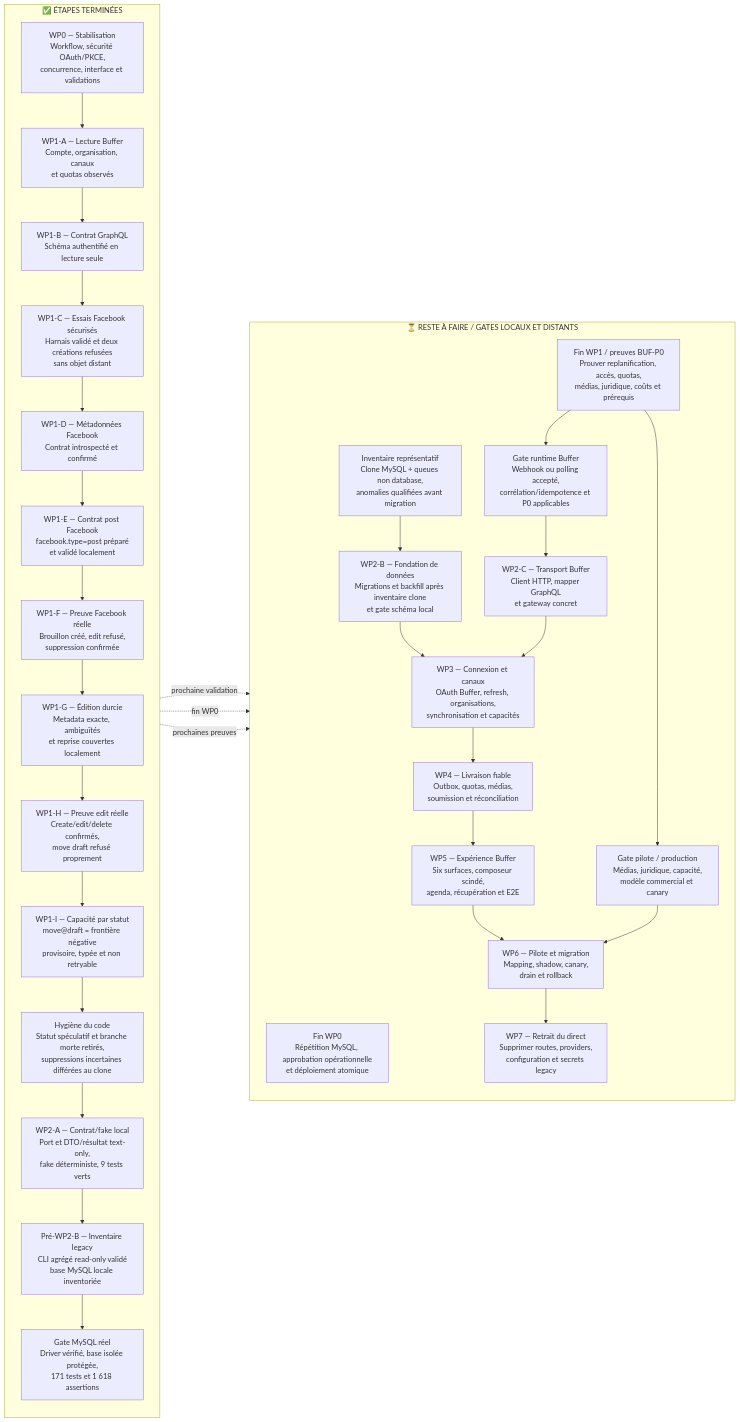
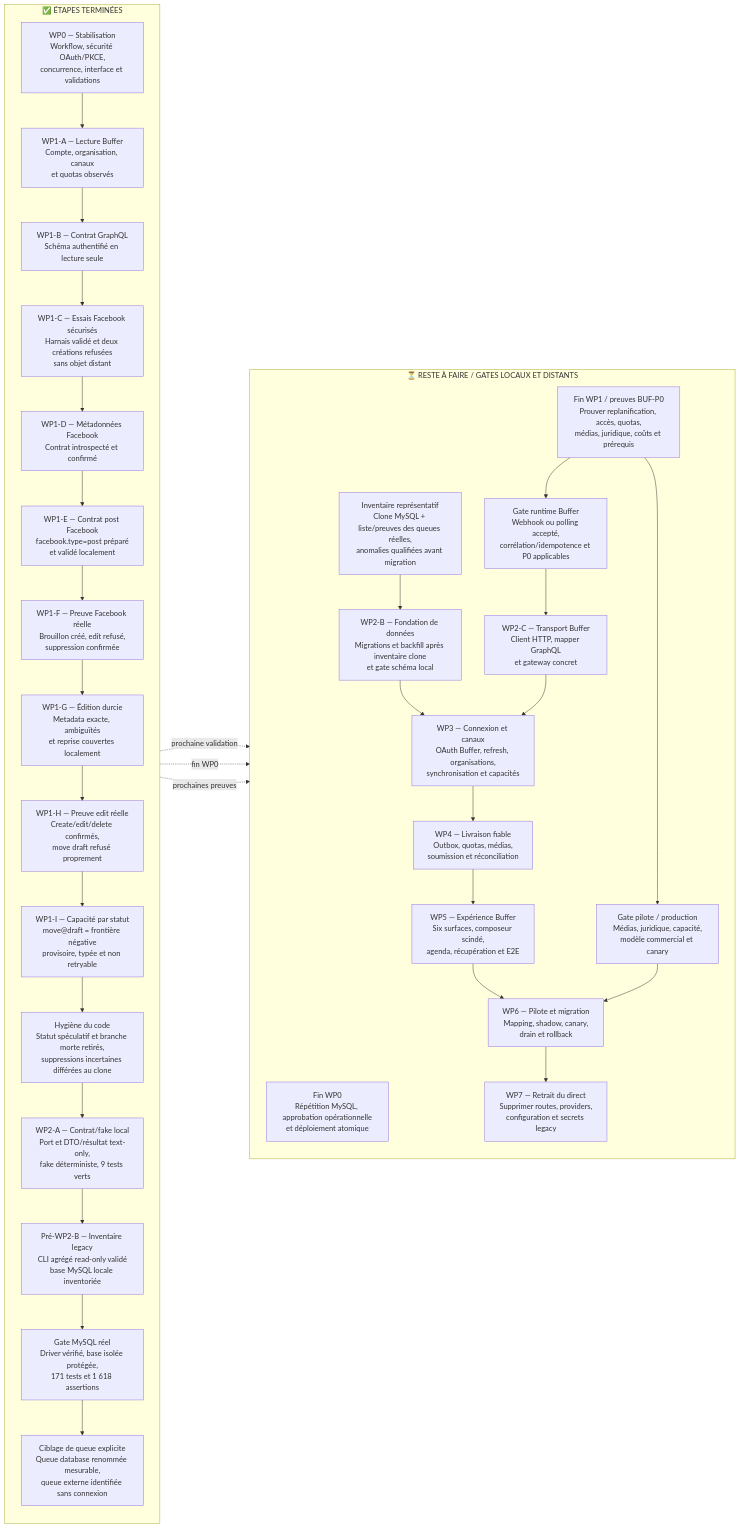
One commit to Lenenba/mlkpro_v3 changed the diagram in docs/MALIKIA_PULSE_AVANCEMENT_VISUEL.md. Above: the diagram before and after it, drawn with Mermaid. The commit also changed other lines of this file and 6 other files, not shown here.

````diff
--- a/docs/MALIKIA_PULSE_AVANCEMENT_VISUEL.md
+++ b/docs/MALIKIA_PULSE_AVANCEMENT_VISUEL.md
@@ -9,51 +11,52 @@
 ```mermaid
 flowchart LR
     subgraph DONE["✅ ÉTAPES TERMINÉES"]
         direction TB
         D0["WP0 — Stabilisation<br/>Workflow, sécurité OAuth/PKCE,<br/>concurrence, interface et validations"]
         D1A["WP1-A — Lecture Buffer<br/>Compte, organisation, canaux<br/>et quotas observés"]
         D1B["WP1-B — Contrat GraphQL<br/>Schéma authentifié en lecture seule"]
         D1C["WP1-C — Essais Facebook sécurisés<br/>Harnais validé et deux créations refusées<br/>sans objet distant"]
         D1D["WP1-D — Métadonnées Facebook<br/>Contrat introspecté et confirmé"]
         D1E["WP1-E — Contrat post Facebook<br/>facebook.type=post préparé<br/>et validé localement"]
         D1F["WP1-F — Preuve Facebook réelle<br/>Brouillon créé, edit refusé,<br/>suppression confirmée"]
         D1G["WP1-G — Édition durcie<br/>Metadata exacte, ambiguïtés<br/>et reprise couvertes localement"]
         D1H["WP1-H — Preuve edit réelle<br/>Create/edit/delete confirmés,<br/>move draft refusé proprement"]
         D1I["WP1-I — Capacité par statut<br/>move@draft = frontière négative<br/>provisoire, typée et non retryable"]
         DQ["Hygiène du code<br/>Statut spéculatif et branche morte retirés,<br/>suppressions incertaines différées au clone"]
         D2["WP2-A — Contrat/fake local<br/>Port et DTO/résultat text-only,<br/>fake déterministe, 9 tests verts"]
         DI["Pré-WP2-B — Inventaire legacy<br/>CLI agrégé read-only validé<br/>base MySQL locale inventoriée"]
         DM["Gate MySQL réel<br/>Driver vérifié, base isolée protégée,<br/>171 tests et 1 618 assertions"]
+        DS["Ciblage de queue explicite<br/>Queue database renommée mesurable,<br/>queue externe identifiée sans connexion"]
 
-        D0 --> D1A --> D1B --> D1C --> D1D --> D1E --> D1F --> D1G --> D1H --> D1I --> DQ --> D2 --> DI --> DM
+        D0 --> D1A --> D1B --> D1C --> D1D --> D1E --> D1F --> D1G --> D1H --> D1I --> DQ --> D2 --> DI --> DM --> DS
     end
 
     subgraph TODO["⏳ RESTE À FAIRE / GATES LOCAUX ET DISTANTS"]
         direction TB
         T0["Fin WP0<br/>Répétition MySQL, approbation opérationnelle<br/>et déploiement atomique"]
         T1["Fin WP1 / preuves BUF-P0<br/>Prouver replanification, accès, quotas,<br/>médias, juridique, coûts et prérequis"]
         GR["Gate runtime Buffer<br/>Webhook ou polling accepté,<br/>corrélation/idempotence et P0 applicables"]
         GP["Gate pilote / production<br/>Médias, juridique, capacité,<br/>modèle commercial et canary"]
-        TI["Inventaire représentatif<br/>Clone MySQL + queues non database,<br/>anomalies qualifiées avant migration"]
+        TI["Inventaire représentatif<br/>Clone MySQL + liste/preuves des queues réelles,<br/>anomalies qualifiées avant migration"]
         T2B["WP2-B — Fondation de données<br/>Migrations et backfill après inventaire clone<br/>et gate schéma local"]
         T2C["WP2-C — Transport Buffer<br/>Client HTTP, mapper GraphQL<br/>et gateway concret"]
         T3["WP3 — Connexion et canaux<br/>OAuth Buffer, refresh, organisations,<br/>synchronisation et capacités"]
         T4["WP4 — Livraison fiable<br/>Outbox, quotas, médias,<br/>soumission et réconciliation"]
         T5["WP5 — Expérience Buffer<br/>Six surfaces, composeur scindé,<br/>agenda, récupération et E2E"]
         T6["WP6 — Pilote et migration<br/>Mapping, shadow, canary,<br/>drain et rollback"]
         T7["WP7 — Retrait du direct<br/>Supprimer routes, providers,<br/>configuration et secrets legacy"]
 
         T1 --> GR
         T1 --> GP
         GR --> T2C
         TI --> T2B
         T2B --> T3
         T2C --> T3
         T3 --> T4 --> T5 --> T6 --> T7
         GP --> T6
     end
 
-    DM -. prochaine validation .-> TI
+    DS -. prochaine validation .-> TI
     DI -. fin WP0 .-> T0
     DI -. prochaines preuves .-> T1
 ```
````
